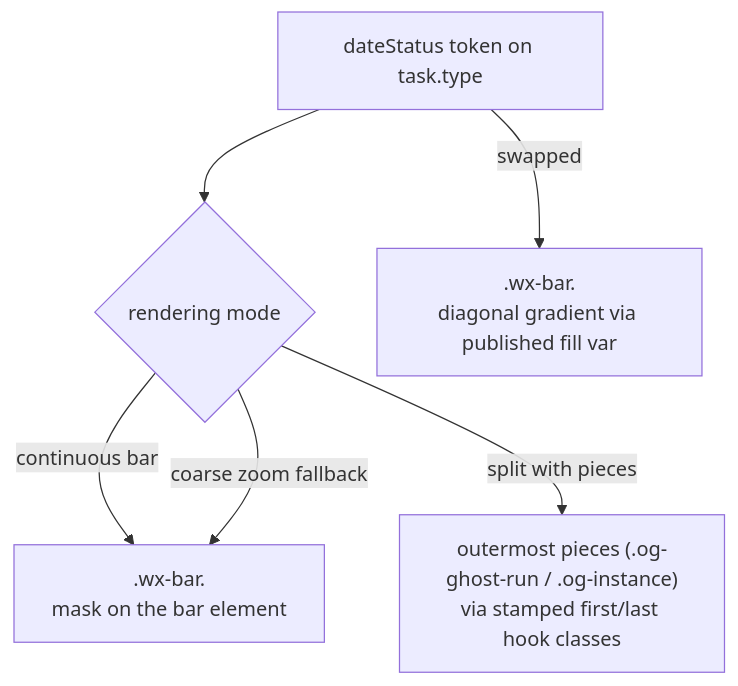
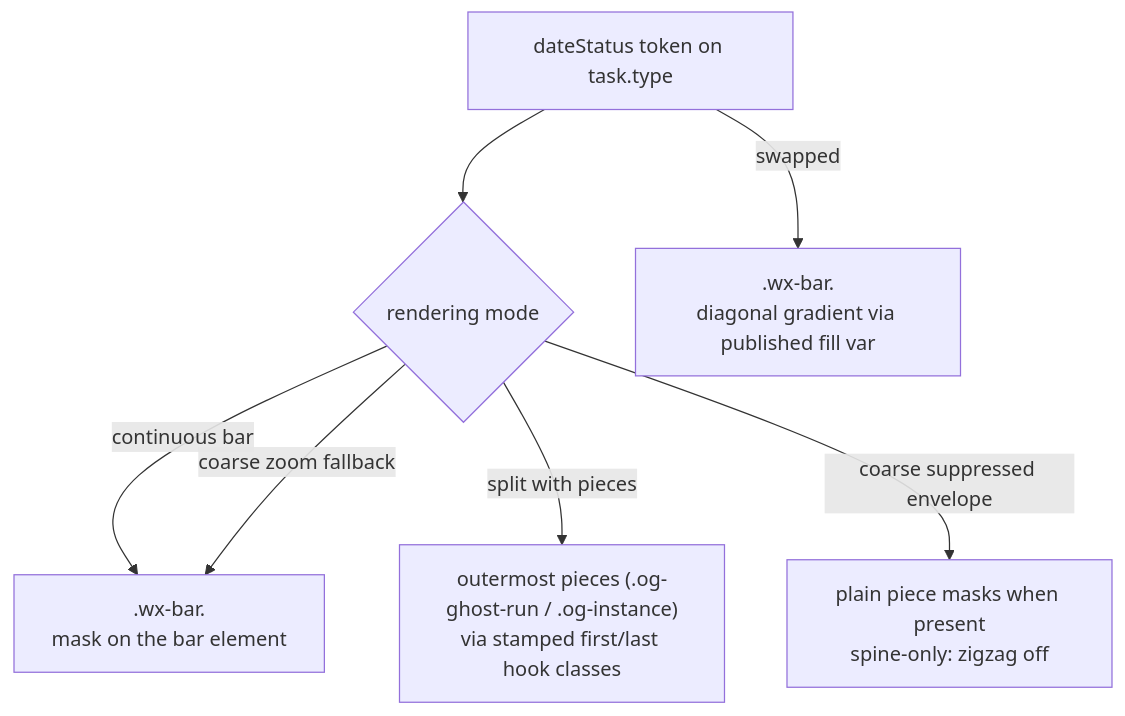
The second of 2 diagrams in docs/plans/2026-08-09-001-feat-missing-date-zigzag-semantics-plan.md (renatomen/tasknotes-gantt), drawn with Mermaid before and after one commit. The commit also changed other lines of this file, not shown here.

First line of the commit message:
docs(plans): pin coarse-zoom envelope flavors and gating in zigzag plan

````diff
--- a/docs/plans/2026-08-09-001-feat-missing-date-zigzag-semantics-plan.md
+++ b/docs/plans/2026-08-09-001-feat-missing-date-zigzag-semantics-plan.md
@@ -159,8 +159,9 @@
 ```mermaid
 flowchart TB
   T["dateStatus token on task.type"] --> C{"rendering mode"}
   C -->|continuous bar| B[".wx-bar.<zz-token>\nmask on the bar element"]
   C -->|split with pieces| P["outermost pieces (.og-ghost-run / .og-instance)\nvia stamped first/last hook classes"]
   C -->|coarse zoom fallback| B
+  C -->|coarse suppressed envelope| E["plain piece masks when present\nspine-only: zigzag off"]
   T -->|swapped| S[".wx-bar.<swapped-token>\ndiagonal gradient via published fill var"]
 ```
````
